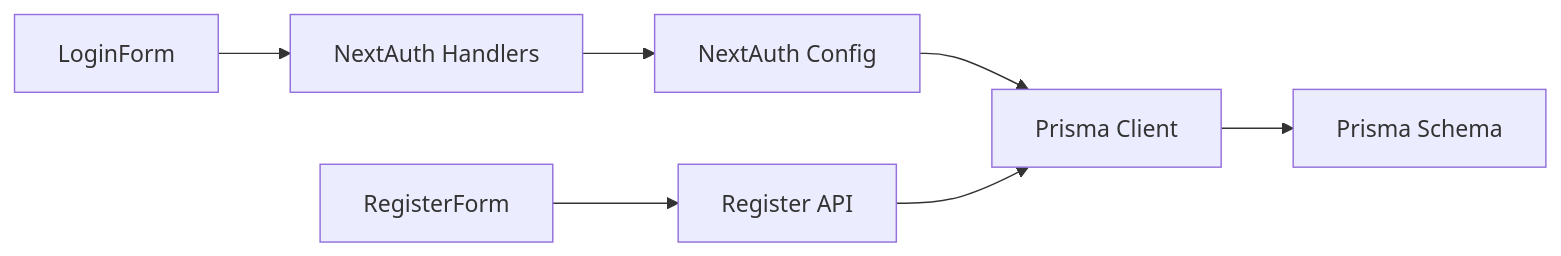
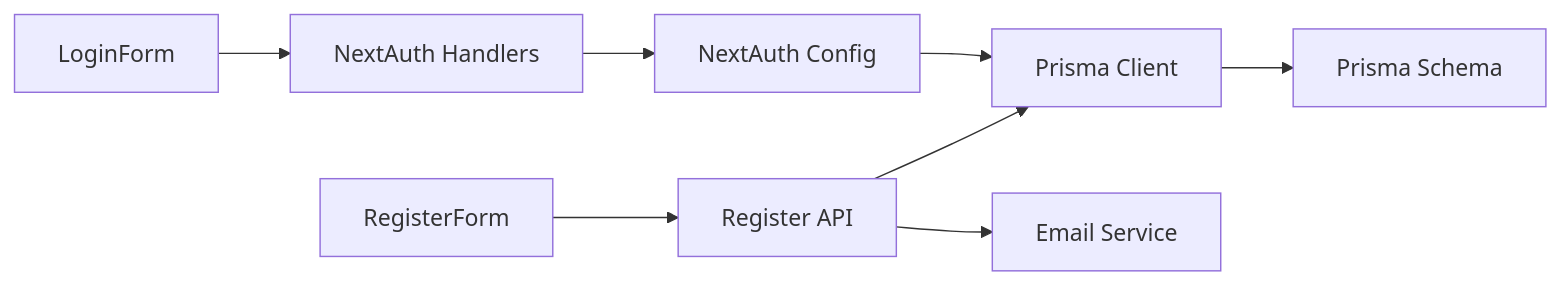
Before and after one commit to Crowdspender/titchybooks-app: the eighth of 8 diagrams in .qoder/repowiki/en/content/Authentication & Authorization/User Registration & Login Flows.md, drawn with Mermaid. The commit also changed other lines of this file and 74 other files, not shown here.

````diff
--- a/.qoder/repowiki/en/content/Authentication & Authorization/User Registration & Login Flows.md
+++ b/.qoder/repowiki/en/content/Authentication & Authorization/User Registration & Login Flows.md
@@ -347,9 +434,10 @@
 ```mermaid
 graph LR
 RF["RegisterForm"] --> REG_API["Register API"]
 LF["LoginForm"] --> NAH["NextAuth Handlers"]
 NAH --> AUTH_CFG["NextAuth Config"]
 AUTH_CFG --> PRISMA["Prisma Client"]
 REG_API --> PRISMA
+REG_API --> EMAIL["Email Service"]
 PRISMA --> SCHEMA["Prisma Schema"]
 ```
````
